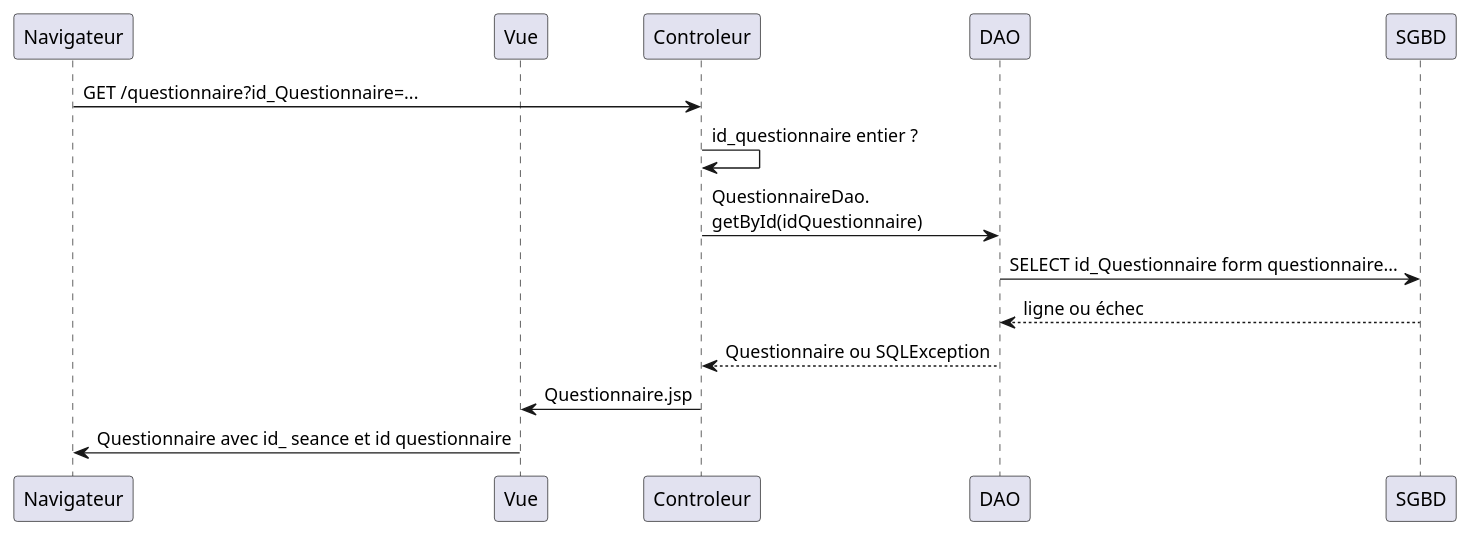
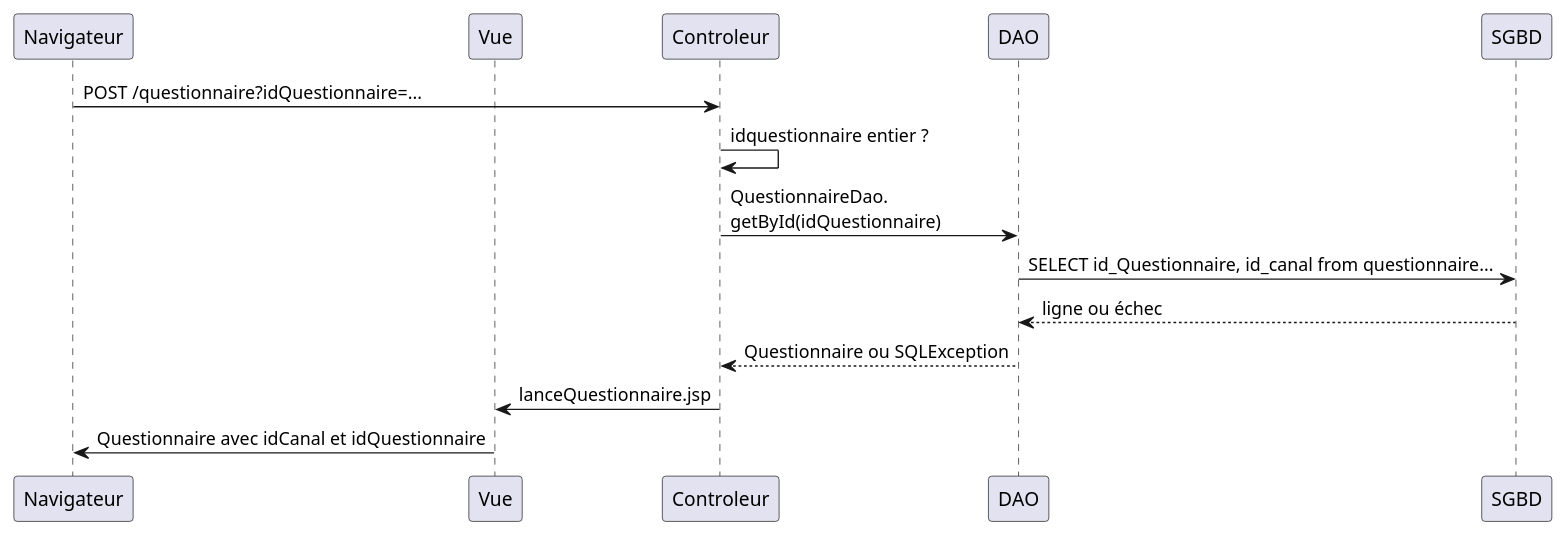
One commit to michel-plasse/SIOMassy2022 changed the diagram in src/main/uml/lanceQuestionnaire.puml. Above: the diagram before and after it, drawn with PlantUML.

Commit message:
Ajoute EFG.puml

```diff
--- a/src/main/uml/lanceQuestionnaire.puml
+++ b/src/main/uml/lanceQuestionnaire.puml
@@ -1,14 +1,14 @@
 @startuml
 participant Navigateur
 participant Vue
 
-Navigateur -> Controleur: GET /questionnaire?id_Questionnaire=...
-Controleur -> Controleur: id_questionnaire entier ?
+Navigateur -> Controleur: POST /questionnaire?idQuestionnaire=...
+Controleur -> Controleur: idquestionnaire entier ?
 Controleur -> DAO: QuestionnaireDao.\ngetById(idQuestionnaire)
-DAO -> SGBD: SELECT id_Questionnaire form questionnaire...
+DAO -> SGBD: SELECT id_Questionnaire, id_canal from questionnaire...
 SGBD --> DAO: ligne ou échec
 DAO --> Controleur: Questionnaire ou SQLException
-Controleur -> Vue: Questionnaire.jsp
-Vue -> Navigateur: Questionnaire avec id_ seance et id questionnaire
+Controleur -> Vue: lanceQuestionnaire.jsp
+Vue -> Navigateur: Questionnaire avec idCanal et idQuestionnaire
 
 @enduml
```
